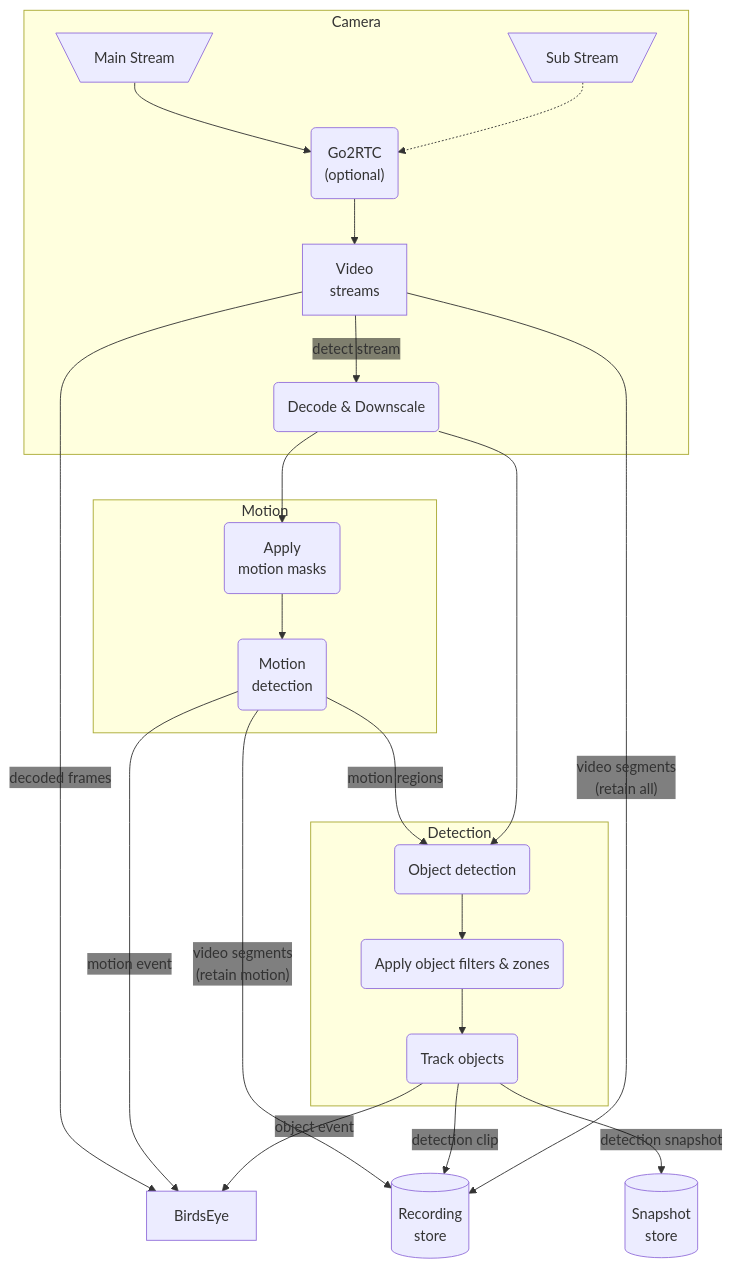
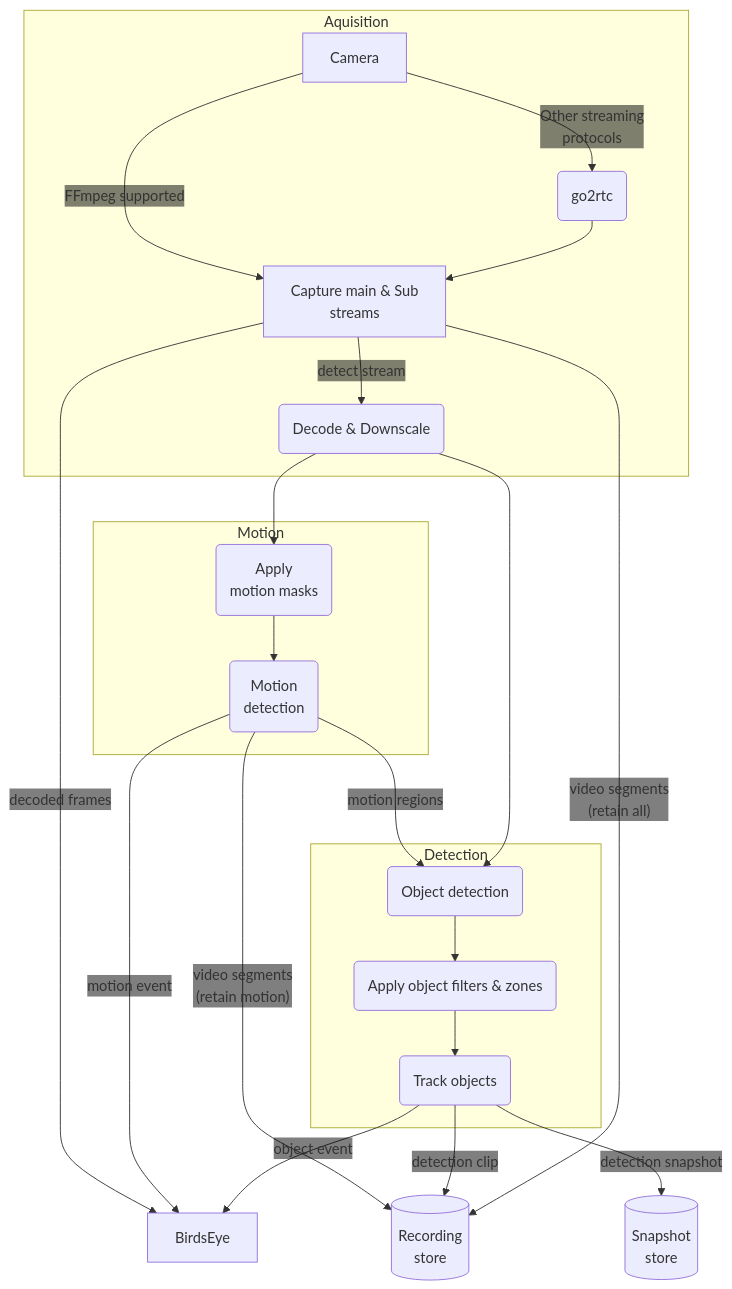
One commit to blakeblackshear/frigate changed the second of 2 diagrams in docs/docs/guides/video_pipeline.md. Above: the diagram before and after it, drawn with Mermaid. The commit also changed other lines of this file, not shown here.

````diff
--- a/docs/docs/guides/video_pipeline.md
+++ b/docs/docs/guides/video_pipeline.md
@@ -26,32 +29,32 @@
 ```mermaid
 %%{init: {"themeVariables": {"edgeLabelBackground": "transparent"}}}%%
 
 flowchart TD
     RecStore[(Recording\nstore)]
     SnapStore[(Snapshot\nstore)]
 
-    subgraph Camera
-        MainS[\Main Stream\n/] --> Go2RTC
-        SubS[\Sub Stream/] -.-> Go2RTC
-        Go2RTC("Go2RTC\n(optional)") --> Stream
-        Stream[Video\nstreams] --> |detect stream|Decode(Decode & Downscale)
+    subgraph Aquisition
+        Cam["Camera"] -->|FFmpeg supported| Stream
+        Cam -->|"Other streaming\nprotocols"| go2rtc
+        go2rtc("go2rtc") --> Stream
+        Stream[Capture main & Sub\nstreams] --> |detect stream|Decode(Decode & Downscale)
     end
     subgraph Motion
         Decode --> MotionM(Apply\nmotion masks)
         MotionM --> MotionD(Motion\ndetection)
     end
     subgraph Detection
         MotionD --> |motion regions| ObjectD(Object detection)
         Decode --> ObjectD
         ObjectD --> ObjectFilter(Apply object filters & zones)
         ObjectFilter --> ObjectZ(Track objects)
     end
     Stream --> |decoded frames|BirdsEye
     MotionD --> |motion event|BirdsEye
     ObjectZ --> |object event|BirdsEye
 
     MotionD --> |"video segments\n(retain motion)"|RecStore
     ObjectZ --> |detection clip|RecStore
     Stream -->|"video segments\n(retain all)"| RecStore
     ObjectZ --> |detection snapshot|SnapStore
 ```
````
